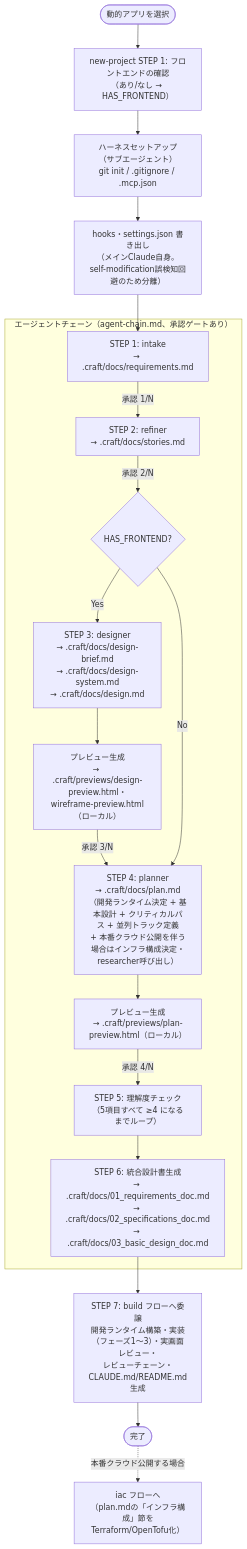
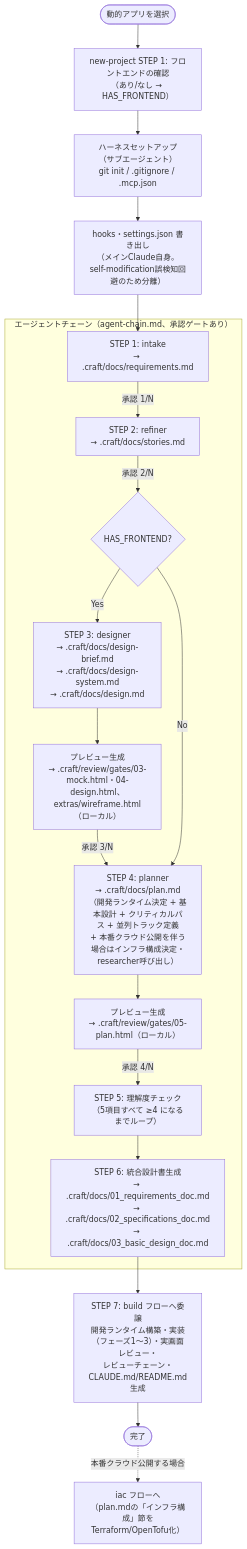
The diagram in claude/skills/craft/flows/new-project/README.md (agaemo/dotfiles), drawn with Mermaid before and after one commit. The commit also changed 9 other files, not shown here.

First line of the commit message:
craft: 確認用ページを .craft/review/ に集約し、index.html の入口と操作できる画面モックを追加

````diff
--- a/claude/skills/craft/flows/new-project/README.md
+++ b/claude/skills/craft/flows/new-project/README.md
@@ -6,37 +6,37 @@
 ```mermaid
 flowchart TD
     START([動的アプリを選択]) --> S0
 
     S0["new-project STEP 1: フロントエンドの確認\n（あり/なし → HAS_FRONTEND）"]
     S0 --> SETUP
 
     SETUP["ハーネスセットアップ\n（サブエージェント）\ngit init / .gitignore / .mcp.json"]
     SETUP --> SETUP2["hooks・settings.json 書き出し\n（メインClaude自身。self-modification誤検知回避のため分離）"]
     SETUP2 --> S1
 
     subgraph DESIGN["エージェントチェーン（agent-chain.md、承認ゲートあり）"]
         S1["STEP 1: intake\n→ .craft/docs/requirements.md"]
         S1 -->|承認 1/N| S2
         S2["STEP 2: refiner\n→ .craft/docs/stories.md"]
         S2 -->|承認 2/N| S3_CHECK
 
         S3_CHECK{HAS_FRONTEND?}
         S3_CHECK -->|Yes| S3["STEP 3: designer\n→ .craft/docs/design-brief.md\n→ .craft/docs/design-system.md\n→ .craft/docs/design.md"]
-        S3 --> S3P["プレビュー生成\n→ .craft/previews/design-preview.html・wireframe-preview.html（ローカル）"]
+        S3 --> S3P["プレビュー生成\n→ .craft/review/gates/03-mock.html・04-design.html、extras/wireframe.html（ローカル）"]
         S3P -->|承認 3/N| S4
         S3_CHECK -->|No| S4
 
         S4["STEP 4: planner\n→ .craft/docs/plan.md\n（開発ランタイム決定 + 基本設計 + クリティカルパス + 並列トラック定義\n+ 本番クラウド公開を伴う場合はインフラ構成決定・researcher呼び出し）"]
-        S4 --> S4P["プレビュー生成\n→ .craft/previews/plan-preview.html（ローカル）"]
+        S4 --> S4P["プレビュー生成\n→ .craft/review/gates/05-plan.html（ローカル）"]
         S4P -->|承認 4/N| S45
         S45["STEP 5: 理解度チェック\n（5項目すべて ≥4 になるまでループ）"]
         S45 --> S5
     end
 
     S5["STEP 6: 統合設計書生成\n→ .craft/docs/01_requirements_doc.md\n→ .craft/docs/02_specifications_doc.md\n→ .craft/docs/03_basic_design_doc.md"]
     S5 --> S6
 
     S6["STEP 7: build フローへ委譲\n開発ランタイム構築・実装（フェーズ1〜3）・実画面レビュー・\nレビューチェーン・CLAUDE.md/README.md生成"]
     S6 --> END([完了])
     END -.->|本番クラウド公開する場合| IAC["iac フローへ\n（plan.mdの「インフラ構成」節をTerraform/OpenTofu化）"]
 ```
````
